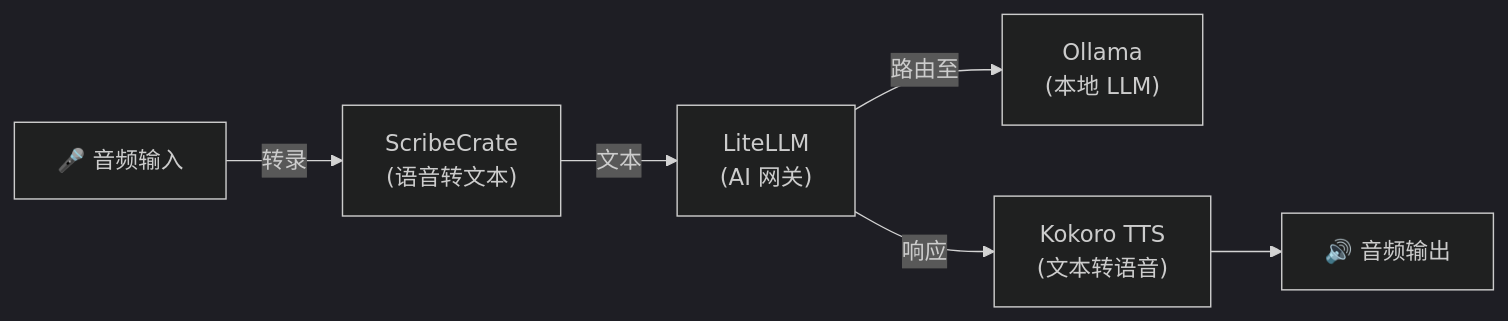
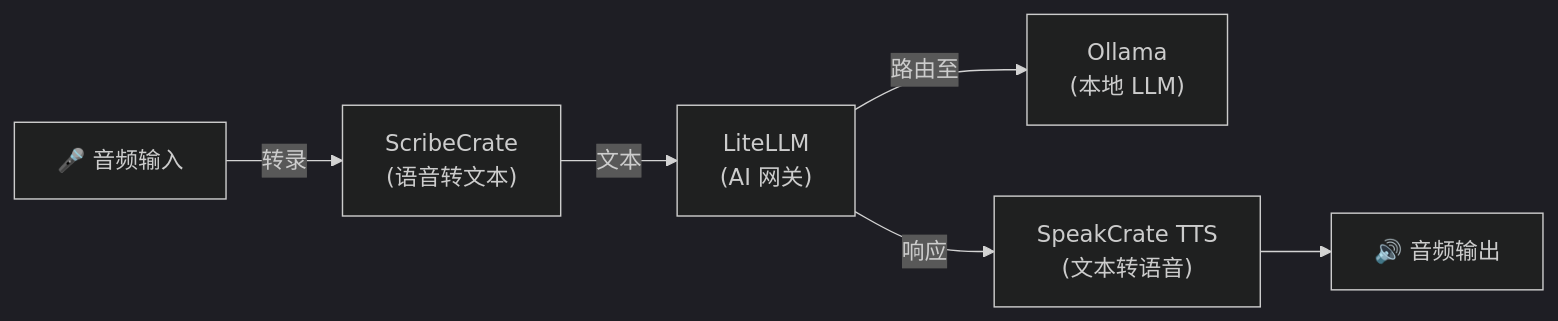
One commit to hwdsl2/self-hosted-ai-stack changed the diagram in stacks/voice-pipeline/README-zh.md. Above: the diagram before and after it, drawn with Mermaid (dark theme). The commit also changed other lines of this file and 26 other files, not shown here.

````diff
--- a/stacks/voice-pipeline/README-zh.md
+++ b/stacks/voice-pipeline/README-zh.md
@@ -17,8 +17,8 @@
 ```mermaid
 graph LR
     A["🎤 音频输入"] -->|转录| W["ScribeCrate<br/>(语音转文本)"]
     W -->|文本| L["LiteLLM<br/>(AI 网关)"]
     L -->|路由至| O["Ollama<br/>(本地 LLM)"]
-    L -->|响应| T["Kokoro TTS<br/>(文本转语音)"]
+    L -->|响应| T["SpeakCrate TTS<br/>(文本转语音)"]
     T --> B["🔊 音频输出"]
 ```
````
